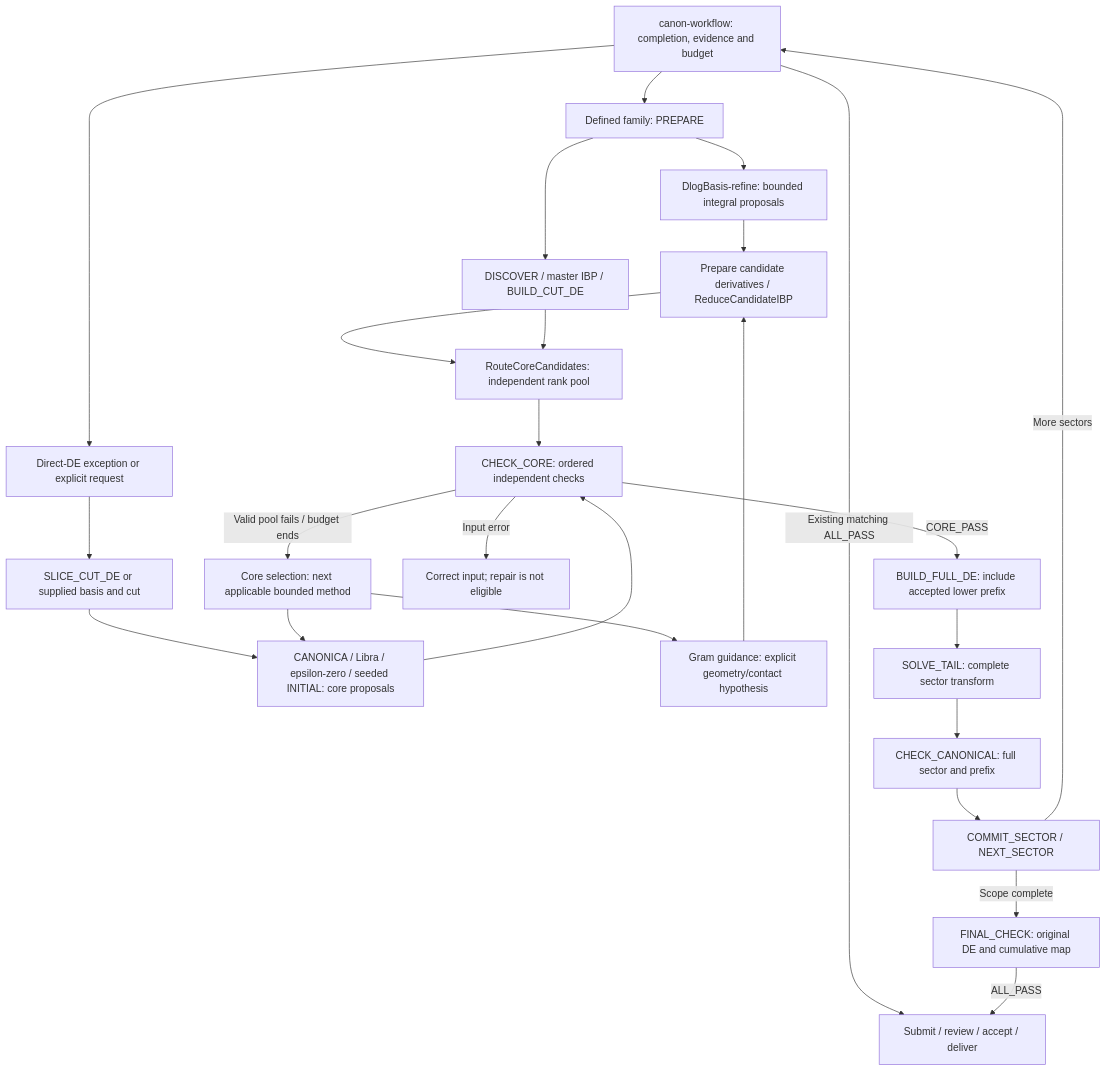
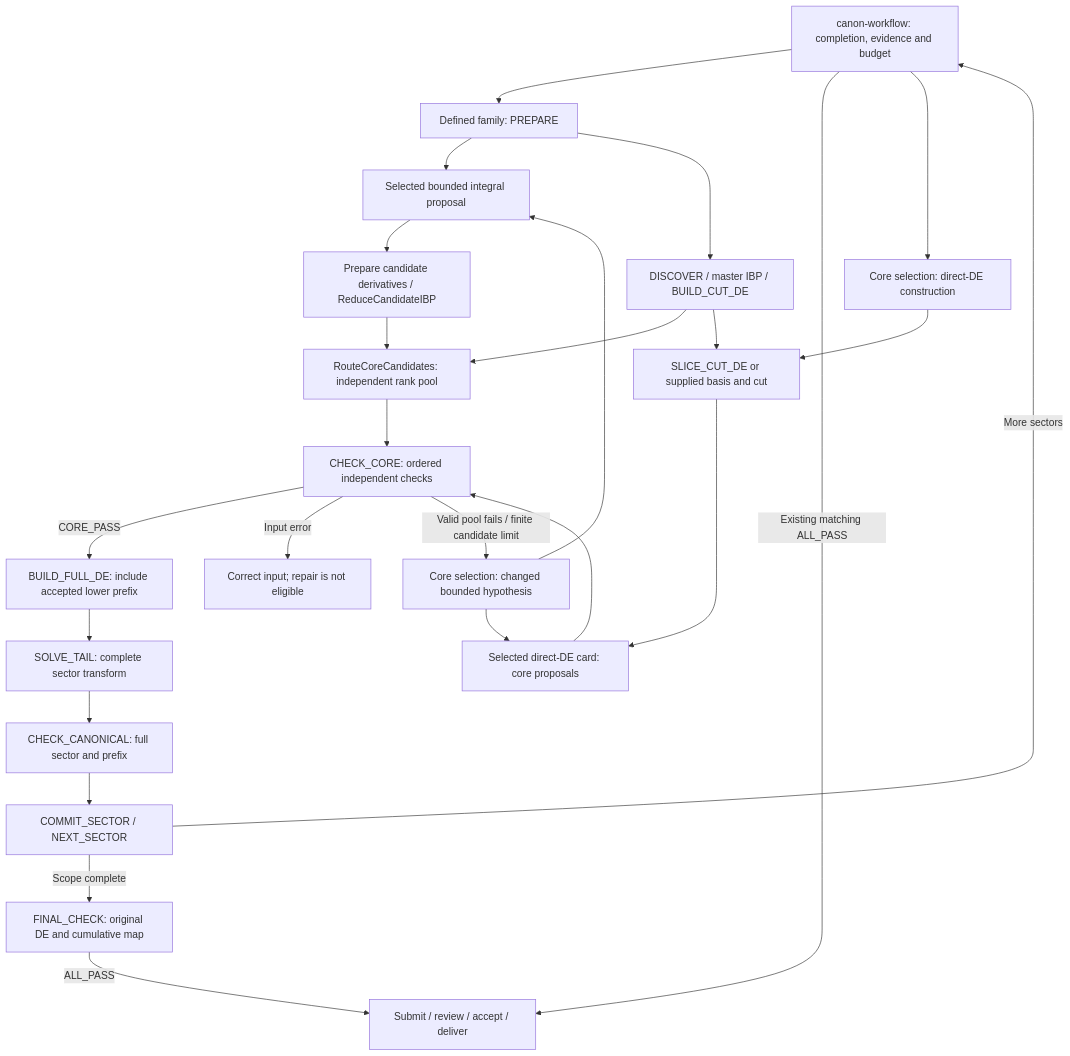
One commit to Alice-Shimada/CANON-release changed the first of 2 diagrams in methods/README.md. Above: the diagram before and after it, drawn with Mermaid. The commit also changed other lines of this file and 23 other files, not shown here.

First line of the commit message:
feat(libra): add bounded multivariable cores and aligned routing

````diff
--- a/methods/README.md
+++ b/methods/README.md
@@ -62,27 +62,27 @@
 ```mermaid
 flowchart TD
     W["canon-workflow: completion, evidence and budget"] --> F["Defined family: PREPARE"]
     W -->|"Existing matching ALL_PASS"| H["Submit / review / accept / deliver"]
-    W --> X["Direct-DE exception or explicit request"]
-    F --> D["DlogBasis-refine: bounded integral proposals"]
+    W --> X["Core selection: direct-DE construction"]
+    F --> D["Selected bounded integral proposal"]
     F --> P["DISCOVER / master IBP / BUILD_CUT_DE"]
     D --> I["Prepare candidate derivatives / ReduceCandidateIBP"]
     I --> R["RouteCoreCandidates: independent rank pool"]
     P --> R
+    P --> S
     X --> S["SLICE_CUT_DE or supplied basis and cut"]
-    S --> C["CANONICA / Libra / epsilon-zero / seeded INITIAL: core proposals"]
+    S --> C["Selected direct-DE card: core proposals"]
     R --> K["CHECK_CORE: ordered independent checks"]
     C --> K
     K -->|"CORE_PASS"| B["BUILD_FULL_DE: include accepted lower prefix"]
     K -->|"Input error"| E["Correct input; repair is not eligible"]
-    K -->|"Valid pool fails / budget ends"| M["Core selection: next applicable bounded method"]
+    K -->|"Valid pool fails / finite candidate limit"| M["Core selection: changed bounded hypothesis"]
     M --> C
-    M --> G["Gram guidance: explicit geometry/contact hypothesis"]
-    G --> I
+    M --> D
     B --> T["SOLVE_TAIL: complete sector transform"]
     T --> Q["CHECK_CANONICAL: full sector and prefix"]
     Q --> A["COMMIT_SECTOR / NEXT_SECTOR"]
     A -->|"More sectors"| W
     A -->|"Scope complete"| Z["FINAL_CHECK: original DE and cumulative map"]
     Z -->|"ALL_PASS"| H["Submit / review / accept / deliver"]
 ```
````
